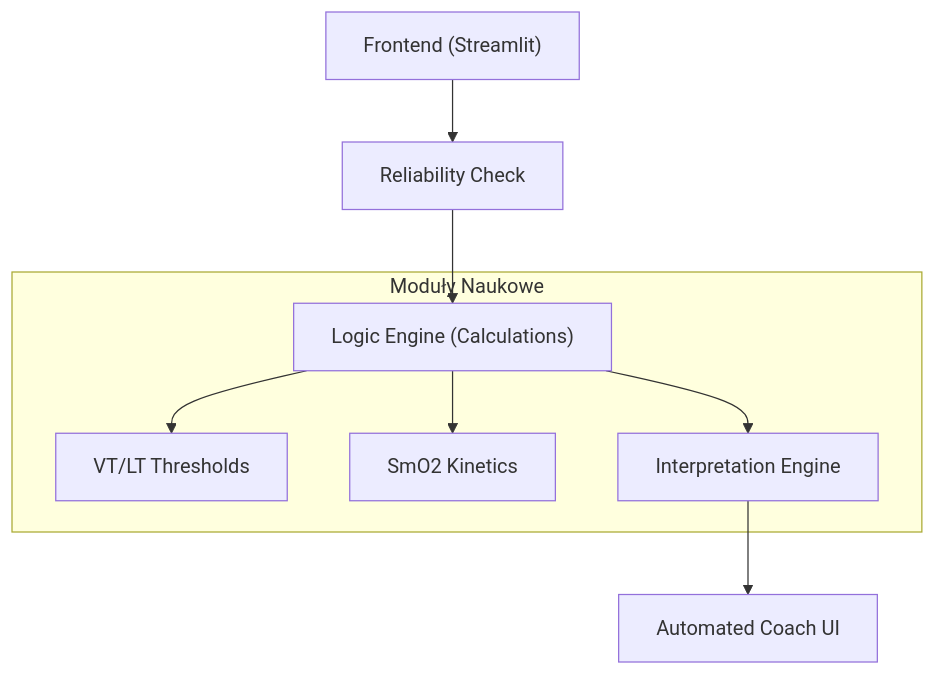
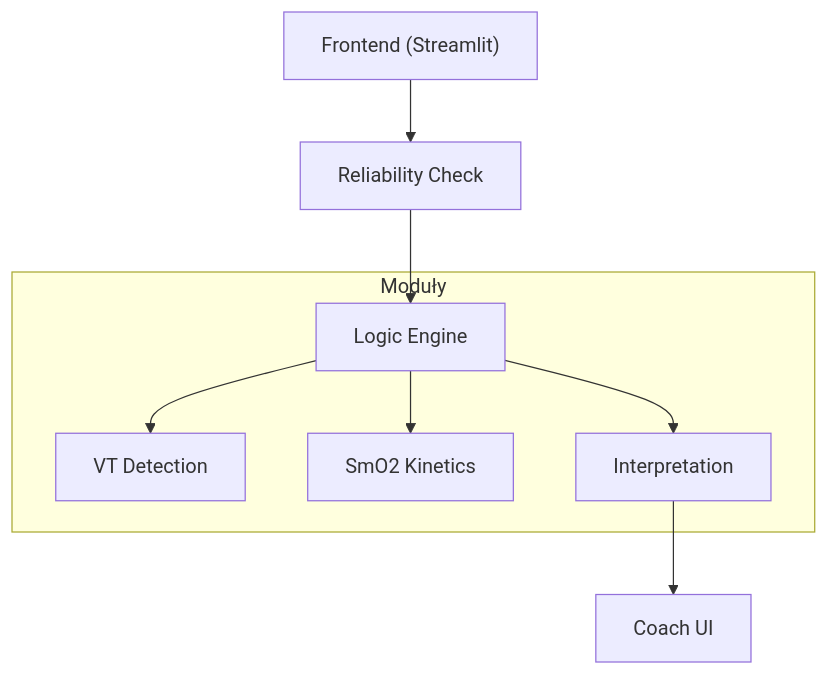
Before and after one commit to WielkiKrzych/Tri_Dashboard: the diagram in README.md, drawn with Mermaid. The commit also changed other lines of this file, not shown here.

````diff
--- a/README.md
+++ b/README.md
@@ -15,13 +31,13 @@
 ```mermaid
 graph TD
     UI["Frontend (Streamlit)"] --> Quality["Reliability Check"]
-    Quality --> Analysis["Logic Engine (Calculations)"]
+    Quality --> Analysis["Logic Engine"]
     
-    subgraph "Moduły Naukowe"
-        Analysis --> Thresholds["VT/LT Thresholds"]
-        Analysis --> Kinetics["SmO2 Kinetics"]
-        Analysis --> Interpret["Interpretation Engine"]
+    subgraph "Moduły"
+        Analysis --> VT["VT Detection"]
+        Analysis --> SmO2["SmO2 Kinetics"]
+        Analysis --> Interpret["Interpretation"]
     end
     
-    Interpret --> Coach["Automated Coach UI"]
+    Interpret --> Coach["Coach UI"]
 ```
````
